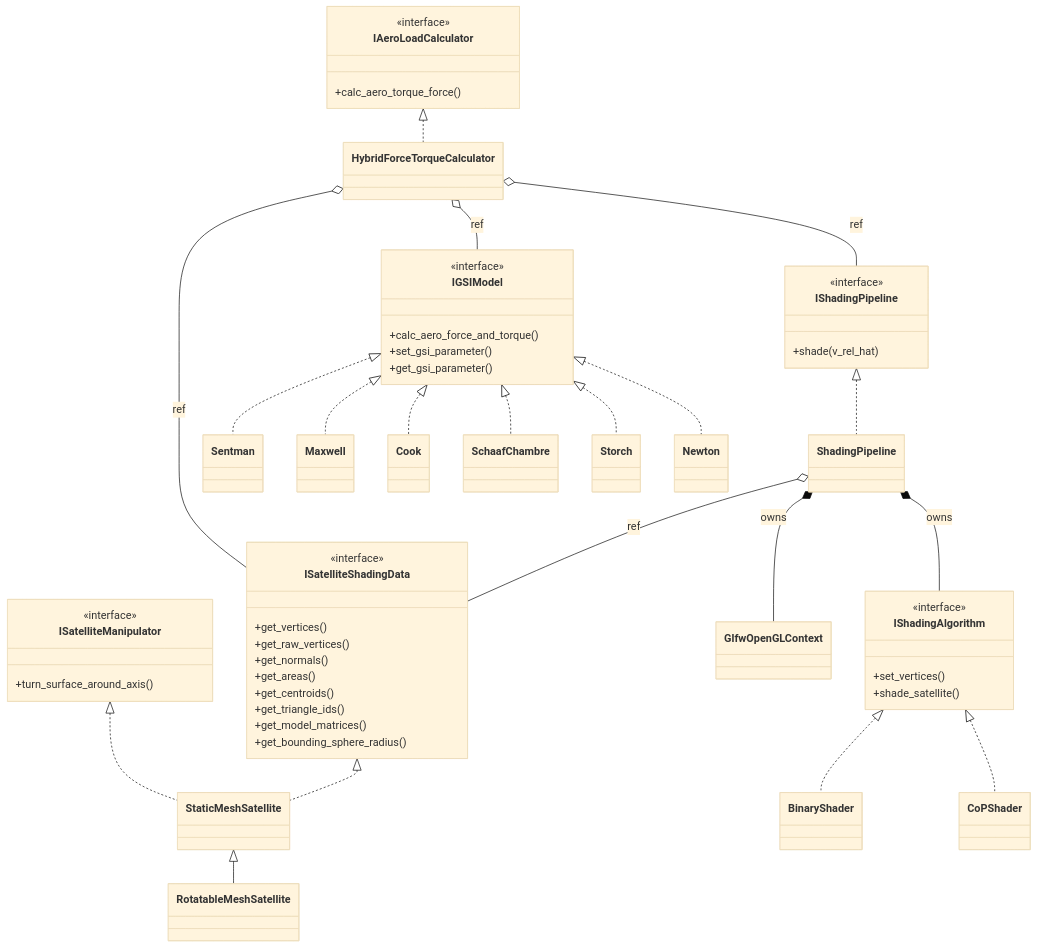
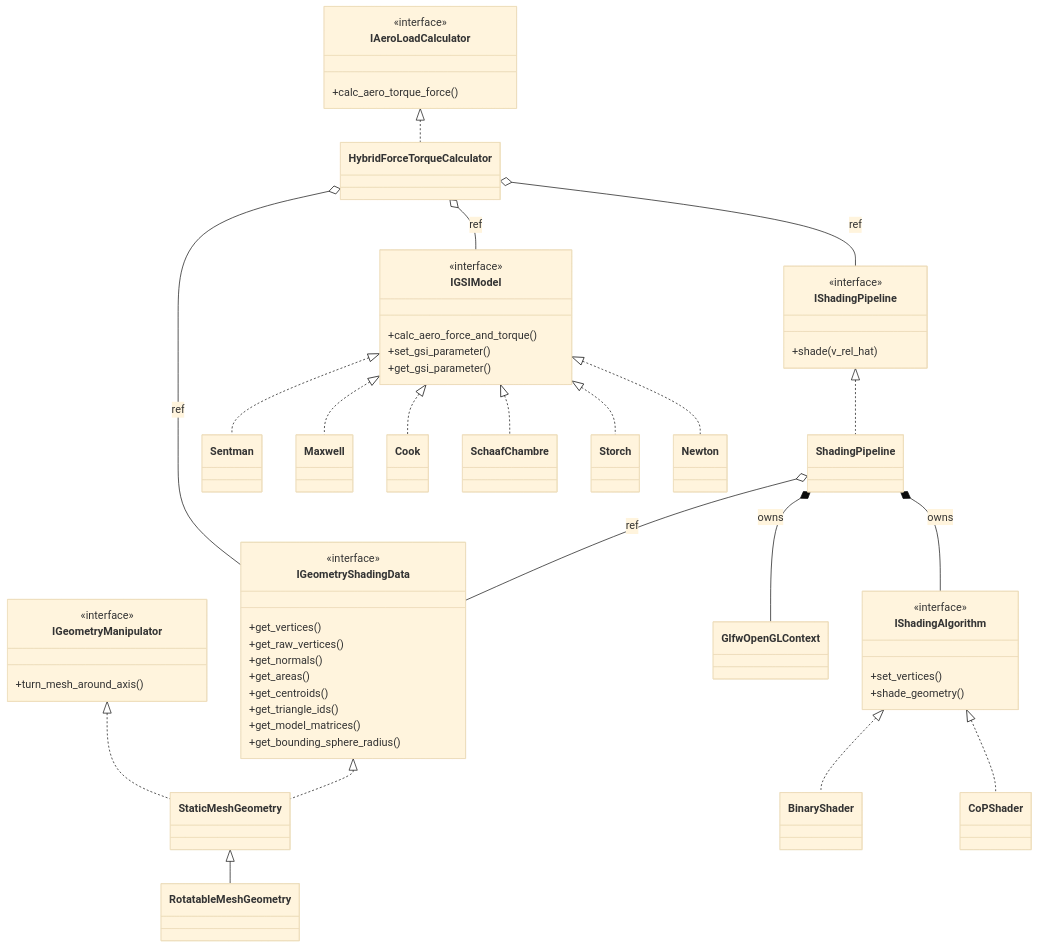
The diagram in docs/architecture.md (ifrunistuttgart/vleo-aerodynamics-tool), drawn with Mermaid (base theme) before and after one commit. The commit also changed other lines of this file and 51 other files, not shown here.

First line of the commit message:
Rename satellite -> geometry and surface -> mesh/triangle

````diff
--- a/docs/architecture.md
+++ b/docs/architecture.md
@@ -10,81 +10,81 @@
 ```mermaid
 classDiagram
     direction TB
 
-    class ISatelliteShadingData {
+    class IGeometryShadingData {
         <<interface>>
         +get_vertices()
         +get_raw_vertices()
         +get_normals()
         +get_areas()
         +get_centroids()
         +get_triangle_ids()
         +get_model_matrices()
         +get_bounding_sphere_radius()
     }
-    class ISatelliteManipulator {
+    class IGeometryManipulator {
         <<interface>>
-        +turn_surface_around_axis()
+        +turn_mesh_around_axis()
     }
-    class StaticMeshSatellite
-    class RotatableMeshSatellite
+    class StaticMeshGeometry
+    class RotatableMeshGeometry
 
     class IShadingPipeline {
         <<interface>>
         +shade(v_rel_hat)
     }
     class ShadingPipeline
     class GlfwOpenGLContext
 
     class IShadingAlgorithm {
         <<interface>>
         +set_vertices()
-        +shade_satellite()
+        +shade_geometry()
     }
     class BinaryShader
     class CoPShader
 
     class IAeroLoadCalculator {
         <<interface>>
         +calc_aero_torque_force()
     }
     class HybridForceTorqueCalculator
 
     class IGSIModel {
         <<interface>>
         +calc_aero_force_and_torque()
         +set_gsi_parameter()
         +get_gsi_parameter()
     }
     class Sentman
     class Maxwell
     class Cook
     class SchaafChambre
     class Storch
     class Newton
 
-    ISatelliteShadingData <|.. StaticMeshSatellite
-    ISatelliteManipulator <|.. StaticMeshSatellite
-    StaticMeshSatellite   <|-- RotatableMeshSatellite
+    IGeometryShadingData <|.. StaticMeshGeometry
+    IGeometryManipulator <|.. StaticMeshGeometry
+    StaticMeshGeometry   <|-- RotatableMeshGeometry
 
     IShadingPipeline  <|.. ShadingPipeline
     IShadingAlgorithm <|.. BinaryShader
     IShadingAlgorithm <|.. CoPShader
 
     IAeroLoadCalculator <|.. HybridForceTorqueCalculator
 
     IGSIModel <|.. Sentman
     IGSIModel <|.. Maxwell
     IGSIModel <|.. Cook
     IGSIModel <|.. SchaafChambre
     IGSIModel <|.. Storch
     IGSIModel <|.. Newton
 
     ShadingPipeline *-- GlfwOpenGLContext : owns
     ShadingPipeline *-- IShadingAlgorithm : owns
-    ShadingPipeline o-- ISatelliteShadingData : ref
+    ShadingPipeline o-- IGeometryShadingData : ref
 
-    HybridForceTorqueCalculator o-- ISatelliteShadingData : ref
+    HybridForceTorqueCalculator o-- IGeometryShadingData : ref
     HybridForceTorqueCalculator o-- IShadingPipeline : ref
     HybridForceTorqueCalculator o-- IGSIModel : ref
 ```
````
